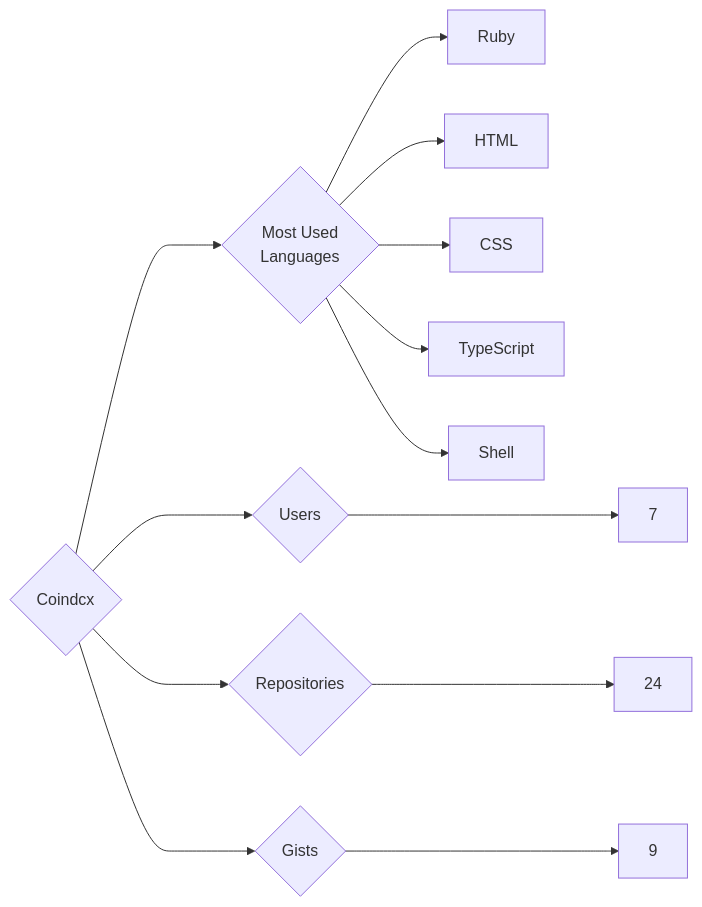
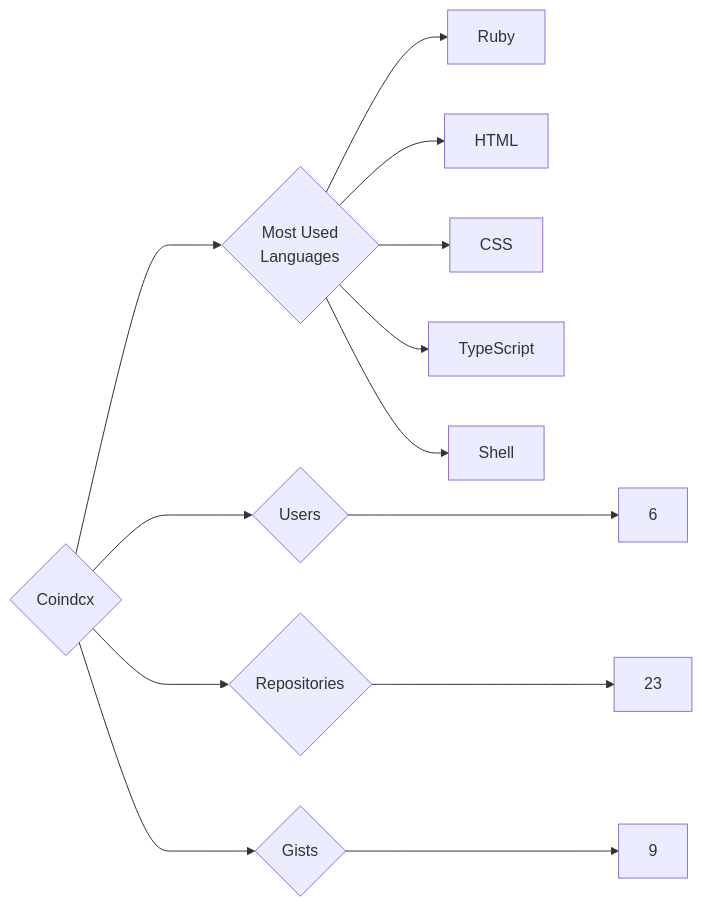
The diagram in targets/Coindcx/README.md (trickest/insiders), drawn with Mermaid before and after one commit. The commit also changed 985 other files, not shown here.

````diff
--- a/targets/Coindcx/README.md
+++ b/targets/Coindcx/README.md
@@ -3,13 +3,13 @@
 ```mermaid
 graph LR
 COMPANY_NAME{Coindcx}
-COMPANY_NAME ---> U{Users} ---> UN[7]
-COMPANY_NAME ---> R{Repositories} ---> RN[24]
+COMPANY_NAME ---> U{Users} ---> UN[6]
+COMPANY_NAME ---> R{Repositories} ---> RN[23]
 COMPANY_NAME ---> G{Gists} ---> GN[9]
 COMPANY_NAME ---> ML{Most Used<br>Languages}
 ML --> Ruby[Ruby]
 ML --> HTML[HTML]
 ML --> CSS[CSS]
 ML --> TypeScript[TypeScript]
 ML --> Shell[Shell]
 ```
````
